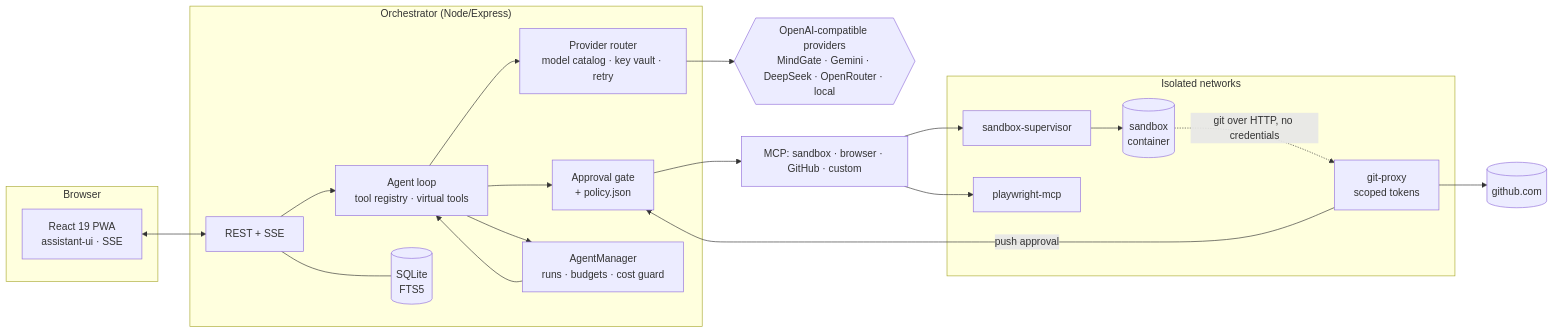
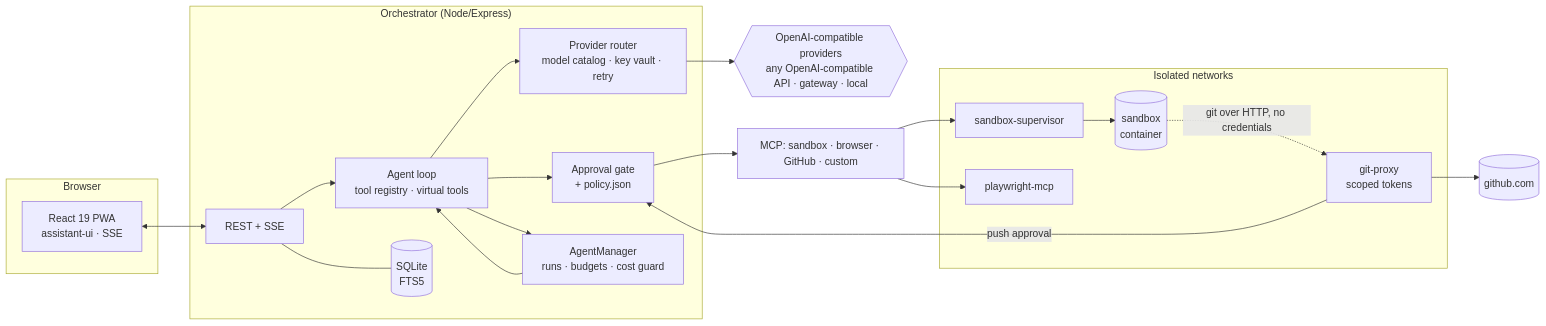
The diagram in README.md (prod-explore/everything-app), drawn with Mermaid before and after one commit. The commit also changed other lines of this file and 24 other files, not shown here.

````diff
--- a/README.md
+++ b/README.md
@@ -41,28 +41,28 @@
 ```mermaid
 flowchart LR
   subgraph Browser
     UI[React 19 PWA<br/>assistant-ui · SSE]
   end
   subgraph Orchestrator["Orchestrator (Node/Express)"]
     API[REST + SSE]
     LOOP[Agent loop<br/>tool registry · virtual tools]
     GATE[Approval gate<br/>+ policy.json]
     ROUTER[Provider router<br/>model catalog · key vault · retry]
     AGENTS[AgentManager<br/>runs · budgets · cost guard]
     DB[(SQLite<br/>FTS5)]
   end
   subgraph Isolated["Isolated networks"]
     SUP[sandbox-supervisor] --> SBX[(sandbox<br/>container)]
     PW[playwright-mcp]
     GP[git-proxy<br/>scoped tokens]
   end
   UI <--> API
-  API --> LOOP --> ROUTER --> LLM{{OpenAI-compatible providers<br/>MindGate · Gemini · DeepSeek · OpenRouter · local}}
+  API --> LOOP --> ROUTER --> LLM{{OpenAI-compatible providers<br/>any OpenAI-compatible API · gateway · local}}
   LOOP --> GATE --> MCP[MCP: sandbox · browser · GitHub · custom]
   LOOP --> AGENTS --> LOOP
   API --- DB
   MCP --> SUP
   MCP --> PW
   SBX -. git over HTTP, no credentials .-> GP --> GH[(github.com)]
   GP -- push approval --> GATE
 ```
````
